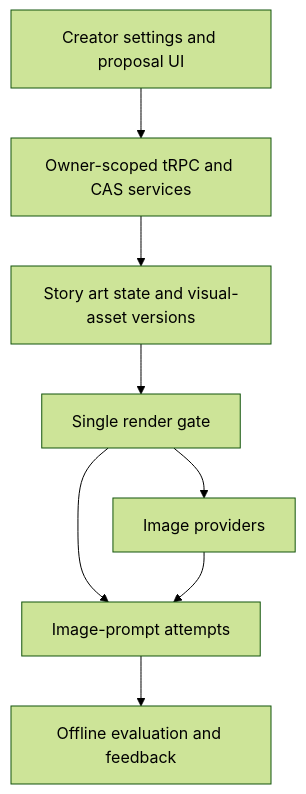
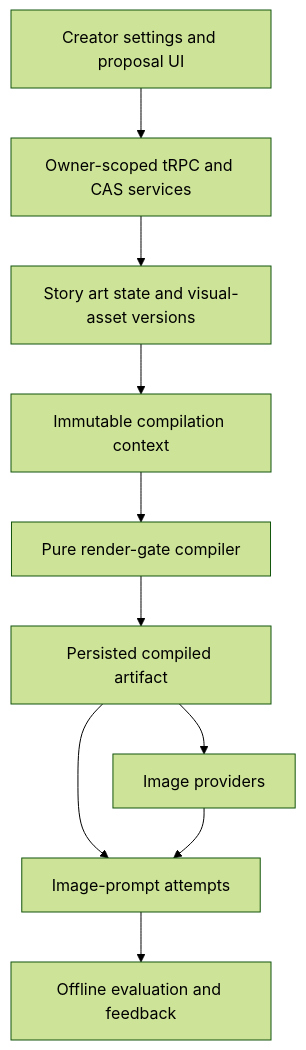
One commit to mountionzeng/Drinking-Time changed the third of 3 diagrams in docs/plans/2026-08-31-001-feat-semantic-art-direction-plan.md. Above: the diagram before and after it, drawn with Mermaid (forest theme). The commit also changed other lines of this file, not shown here.

````diff
--- a/docs/plans/2026-08-31-001-feat-semantic-art-direction-plan.md
+++ b/docs/plans/2026-08-31-001-feat-semantic-art-direction-plan.md
@@ -533,10 +582,12 @@
 ```mermaid
 flowchart TB
   UI["Creator settings and proposal UI"] --> API["Owner-scoped tRPC and CAS services"]
   API --> STATE["Story art state and visual-asset versions"]
-  STATE --> GATE["Single render gate"]
-  GATE --> PROVIDER["Image providers"]
-  GATE --> AUDIT["Image-prompt attempts"]
+  STATE --> CTX["Immutable compilation context"]
+  CTX --> GATE["Pure render-gate compiler"]
+  GATE --> ARTIFACT["Persisted compiled artifact"]
+  ARTIFACT --> PROVIDER["Image providers"]
+  ARTIFACT --> AUDIT["Image-prompt attempts"]
   PROVIDER --> AUDIT
   AUDIT --> EVAL["Offline evaluation and feedback"]
 ```
````
